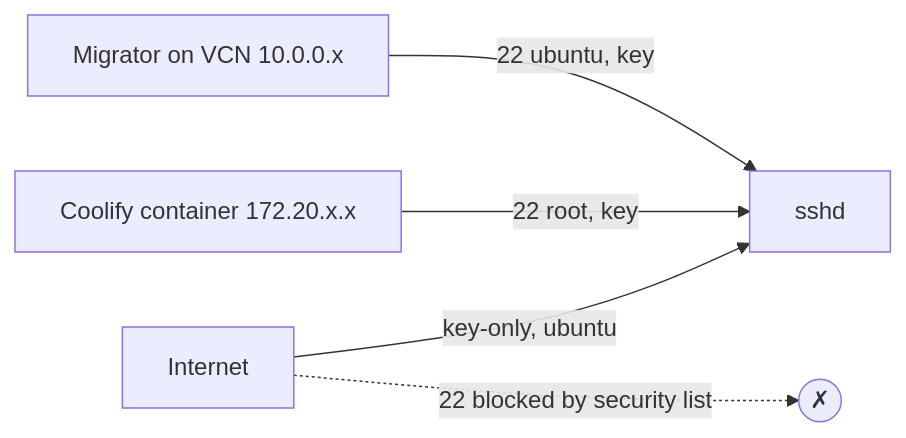
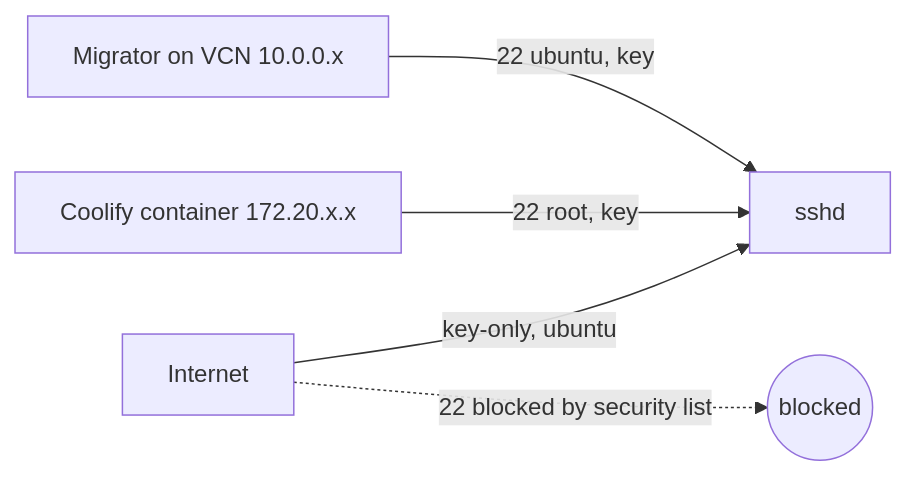
Before and after one commit to 855princekumar/zero-cost-paas: the diagram in docs/adr/0010-ssh-key-only-nonstandard-port.md, drawn with Mermaid. The commit also changed other lines of this file and 48 other files, not shown here.

````diff
--- a/docs/adr/0010-ssh-key-only-nonstandard-port.md
+++ b/docs/adr/0010-ssh-key-only-nonstandard-port.md
@@ -44,7 +44,7 @@
 ```mermaid
 flowchart LR
   I[Internet] -->|<SSH_PORT> key-only, ubuntu| SSHD[sshd]
-  I -.->|22 blocked by security list| X((✗))
+  I -.->|22 blocked by security list| X((blocked))
   C[Coolify container 172.20.x.x] -->|22 root, key| SSHD
   M[Migrator on VCN 10.0.0.x] -->|22 ubuntu, key| SSHD
 ```
````
